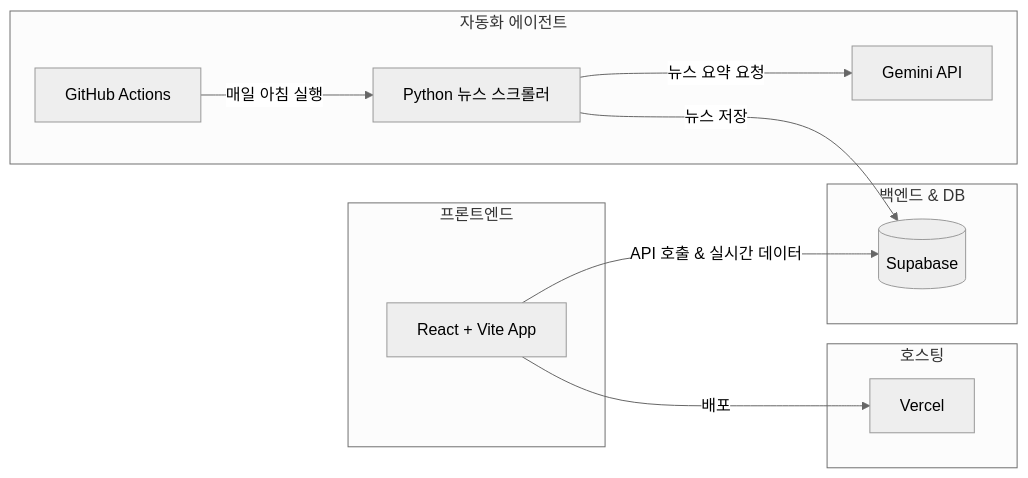
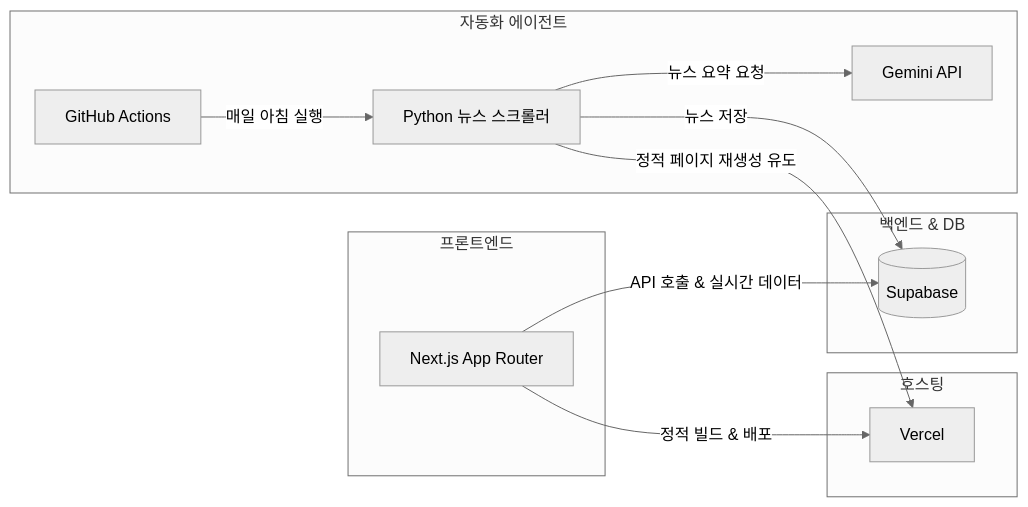
Before and after one commit to ParkJinHee67/ai-world-homepage: the first of 2 diagrams in ADMIN_MANUAL.md, drawn with Mermaid (neutral theme). The commit also changed other lines of this file, not shown here.

Commit message:
docs: update admin manual and finalize Next.js static build configuration

````diff
--- a/ADMIN_MANUAL.md
+++ b/ADMIN_MANUAL.md
@@ -20,23 +20,24 @@
 ```mermaid
 graph LR
     subgraph Frontend [프론트엔드]
-        A[React + Vite App]
+        A[Next.js App Router]
     end
     subgraph Hosting [호스팅]
         V[Vercel]
     end
     subgraph Backend [백엔드 & DB]
         S[(Supabase)]
     end
     subgraph Agent [자동화 에이전트]
         G[GitHub Actions]
         P[Python 뉴스 스크롤러]
         GM[Gemini API]
     end
 
-    A -->|배포| V
+    A -->|정적 빌드 & 배포| V
     A -->|API 호출 & 실시간 데이터| S
     G -->|매일 아침 실행| P
     P -->|뉴스 요약 요청| GM
     P -->|뉴스 저장| S
+    P -->|정적 페이지 재생성 유도| V
 ```
````
